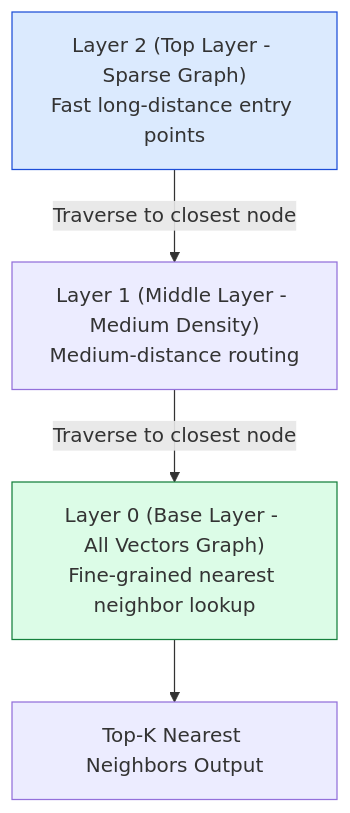
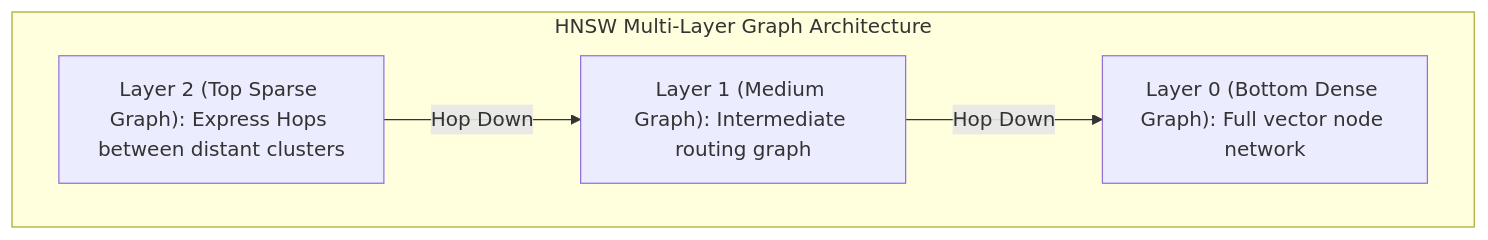
Before and after one commit to Amie-dev/engineering-playbook: the second of 2 diagrams in agentic-ai-notes/00-foundations/07-vector-databases.md, drawn with Mermaid. The commit also changed other lines of this file and 27 other files, not shown here.

````diff
--- a/agentic-ai-notes/00-foundations/07-vector-databases.md
+++ b/agentic-ai-notes/00-foundations/07-vector-databases.md
@@ -35,11 +52,11 @@
 ```mermaid
 flowchart TD
-    Layer2["Layer 2 (Top Layer - Sparse Graph)<br/>Fast long-distance entry points"] -->|Traverse to closest node| Layer1
-
-    Layer1["Layer 1 (Middle Layer - Medium Density)<br/>Medium-distance routing"] -->|Traverse to closest node| Layer0
-
-    Layer0["Layer 0 (Base Layer - All Vectors Graph)<br/>Fine-grained nearest neighbor lookup"] --> CandidateK["Top-K Nearest Neighbors Output"]
-
-    style Layer2 fill:#dbeafe,stroke:#1d4ed8
-    style Layer0 fill:#dcfce7,stroke:#15803d
+    subgraph HNSW Multi-Layer Graph Architecture
+        L2["Layer 2 (Top Sparse Graph): Express Hops between distant clusters"]
+        L1["Layer 1 (Medium Graph): Intermediate routing graph"]
+        L0["Layer 0 (Bottom Dense Graph): Full vector node network"]
+        
+        L2 -->|Hop Down| L1
+        L1 -->|Hop Down| L0
+    end
 ```
````
